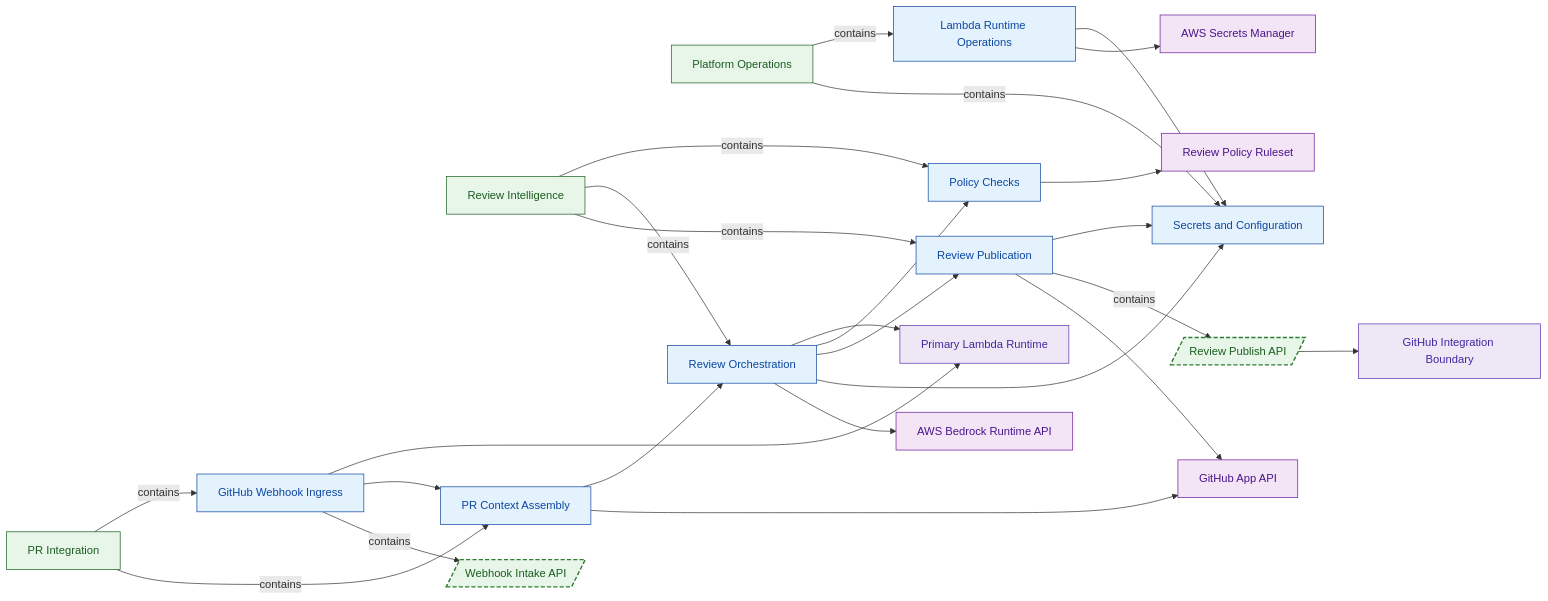
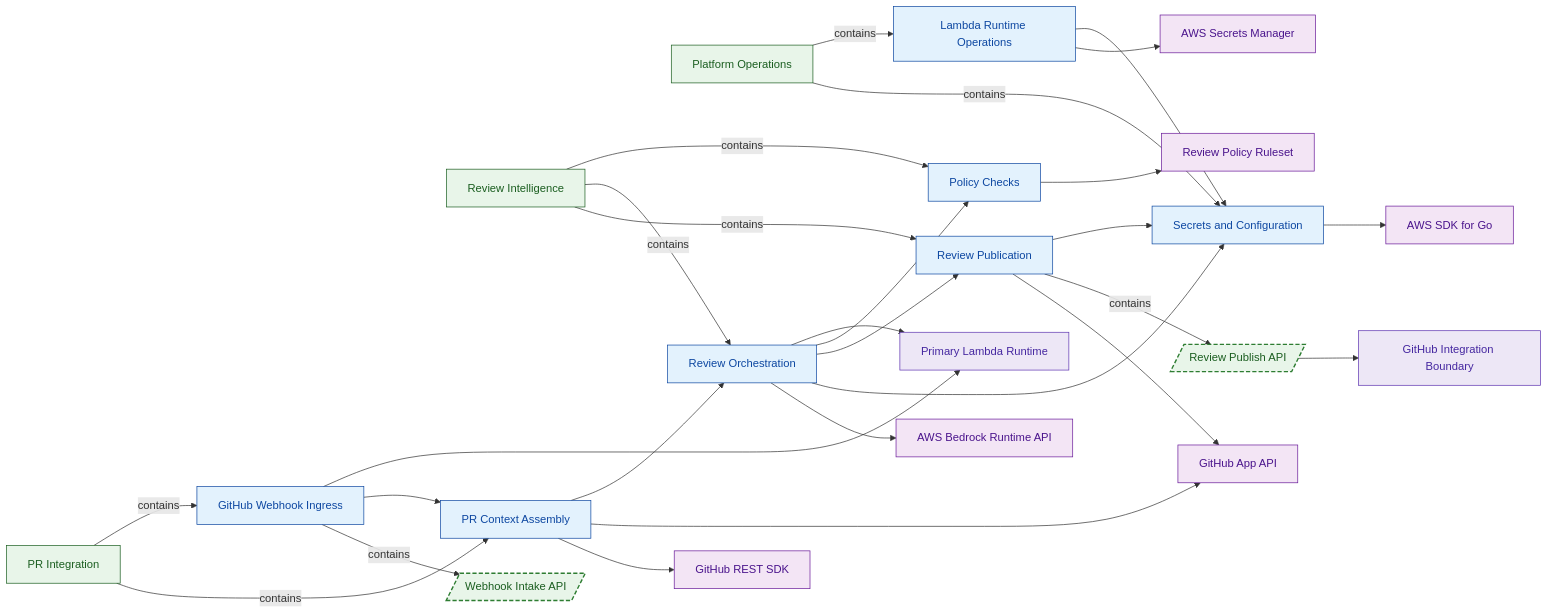
One commit to labeth/engineering-model-go changed the diagram in examples/bedrock-pr-review-github-app-sample/generated/VIEW-DEPLOYMENT.mmd. Above: the diagram before and after it, drawn with Mermaid. The commit also changed 121 other files, not shown here.

```diff
--- a/examples/bedrock-pr-review-github-app-sample/generated/VIEW-DEPLOYMENT.mmd
+++ b/examples/bedrock-pr-review-github-app-sample/generated/VIEW-DEPLOYMENT.mmd
@@ -1,65 +1,69 @@
 flowchart LR
 %% view: VIEW-DEPLOYMENT (deployment)
 N_DEP_BEDROCK_GITHUB_BOUNDARY["GitHub Integration Boundary"]:::deployment_target
 N_DEP_BEDROCK_LAMBDA_PRIMARY["Primary Lambda Runtime"]:::deployment_target
 N_FG_PLATFORM_OPERATIONS["Platform Operations"]:::functional_group
 N_FG_PR_INTEGRATION["PR Integration"]:::functional_group
 N_FG_REVIEW_INTELLIGENCE["Review Intelligence"]:::functional_group
 N_FU_GITHUB_WEBHOOK_INGRESS["GitHub Webhook Ingress"]:::functional_unit
 N_FU_LAMBDA_RUNTIME_OPERATIONS["Lambda Runtime Operations"]:::functional_unit
 N_FU_POLICY_CHECKS["Policy Checks"]:::functional_unit
 N_FU_PR_CONTEXT_ASSEMBLY["PR Context Assembly"]:::functional_unit
 N_FU_REVIEW_ORCHESTRATION["Review Orchestration"]:::functional_unit
 N_FU_REVIEW_PUBLICATION["Review Publication"]:::functional_unit
 N_FU_SECRETS_CONFIGURATION["Secrets and Configuration"]:::functional_unit
 N_IF_BEDROCK_REVIEW_PUBLISH_API[/"Review Publish API"/]:::interface
 N_IF_BEDROCK_WEBHOOK_API[/"Webhook Intake API"/]:::interface
 N_REF_AWS_BEDROCK_RUNTIME["AWS Bedrock Runtime API"]:::referenced_element
+N_REF_AWS_SDK_GO["AWS SDK for Go"]:::referenced_element
 N_REF_AWS_SECRETS_MANAGER["AWS Secrets Manager"]:::referenced_element
 N_REF_GITHUB_APP_API["GitHub App API"]:::referenced_element
+N_REF_GITHUB_REST_SDK["GitHub REST SDK"]:::referenced_element
 N_REF_POLICY_RULESET["Review Policy Ruleset"]:::referenced_element
 N_FG_PLATFORM_OPERATIONS -->|contains| N_FU_LAMBDA_RUNTIME_OPERATIONS
 N_FG_PLATFORM_OPERATIONS -->|contains| N_FU_SECRETS_CONFIGURATION
 N_FG_PR_INTEGRATION -->|contains| N_FU_GITHUB_WEBHOOK_INGRESS
 N_FG_PR_INTEGRATION -->|contains| N_FU_PR_CONTEXT_ASSEMBLY
 N_FG_REVIEW_INTELLIGENCE -->|contains| N_FU_POLICY_CHECKS
 N_FG_REVIEW_INTELLIGENCE -->|contains| N_FU_REVIEW_ORCHESTRATION
 N_FG_REVIEW_INTELLIGENCE -->|contains| N_FU_REVIEW_PUBLICATION
 N_FU_GITHUB_WEBHOOK_INGRESS --> N_DEP_BEDROCK_LAMBDA_PRIMARY
 N_FU_GITHUB_WEBHOOK_INGRESS --> N_FU_PR_CONTEXT_ASSEMBLY
 N_FU_GITHUB_WEBHOOK_INGRESS -->|contains| N_IF_BEDROCK_WEBHOOK_API
 N_FU_LAMBDA_RUNTIME_OPERATIONS --> N_FU_SECRETS_CONFIGURATION
 N_FU_LAMBDA_RUNTIME_OPERATIONS --> N_REF_AWS_SECRETS_MANAGER
 N_FU_POLICY_CHECKS --> N_REF_POLICY_RULESET
 N_FU_PR_CONTEXT_ASSEMBLY --> N_FU_REVIEW_ORCHESTRATION
 N_FU_PR_CONTEXT_ASSEMBLY --> N_REF_GITHUB_APP_API
+N_FU_PR_CONTEXT_ASSEMBLY --> N_REF_GITHUB_REST_SDK
 N_FU_REVIEW_ORCHESTRATION --> N_DEP_BEDROCK_LAMBDA_PRIMARY
 N_FU_REVIEW_ORCHESTRATION --> N_FU_POLICY_CHECKS
 N_FU_REVIEW_ORCHESTRATION --> N_FU_REVIEW_PUBLICATION
 N_FU_REVIEW_ORCHESTRATION --> N_FU_SECRETS_CONFIGURATION
 N_FU_REVIEW_ORCHESTRATION --> N_REF_AWS_BEDROCK_RUNTIME
 N_FU_REVIEW_PUBLICATION --> N_FU_SECRETS_CONFIGURATION
 N_FU_REVIEW_PUBLICATION -->|contains| N_IF_BEDROCK_REVIEW_PUBLISH_API
 N_FU_REVIEW_PUBLICATION --> N_REF_GITHUB_APP_API
+N_FU_SECRETS_CONFIGURATION --> N_REF_AWS_SDK_GO
 N_IF_BEDROCK_REVIEW_PUBLISH_API --> N_DEP_BEDROCK_GITHUB_BOUNDARY
 classDef system_boundary fill:#f5f5f5,stroke:#424242,stroke-width:2px,color:#212121;
 classDef functional_group fill:#e8f5e9,stroke:#1b5e20,stroke-width:1px,color:#1b5e20;
 classDef functional_unit fill:#e3f2fd,stroke:#0d47a1,stroke-width:1px,color:#0d47a1;
 classDef actor fill:#fff8e1,stroke:#ef6c00,stroke-width:1px,color:#bf360c;
 classDef attack_vector fill:#ffebee,stroke:#b71c1c,stroke-width:1px,color:#7f0000;
 classDef referenced_element fill:#f3e5f5,stroke:#6a1b9a,stroke-width:1px,color:#4a148c;
 classDef interface fill:#e8f5e9,stroke:#2e7d32,stroke-width:2px,stroke-dasharray: 6 3,color:#1b5e20;
 classDef data_object fill:#fff3e0,stroke:#ef6c00,stroke-width:2px,stroke-dasharray: 2 2,color:#e65100;
 classDef deployment_target fill:#ede7f6,stroke:#5e35b1,stroke-width:1px,color:#4527a0;
 classDef control fill:#fce4ec,stroke:#ad1457,stroke-width:1px,color:#880e4f;
 classDef trust_boundary fill:#e0f7fa,stroke:#006064,stroke-width:2px,stroke-dasharray: 10 4,color:#004d40;
 classDef state fill:#e1f5fe,stroke:#0277bd,stroke-width:1px,color:#01579b;
 classDef event fill:#fffde7,stroke:#f9a825,stroke-width:1px,color:#f57f17;
 classDef flow fill:#ede7f6,stroke:#4527a0,stroke-width:2px,color:#311b92;
 classDef flow_step fill:#f1f8e9,stroke:#33691e,stroke-width:2px,color:#1b5e20;
 classDef requirement fill:#fffde7,stroke:#f9a825,stroke-width:1px,color:#7f6000;
 classDef verification fill:#fce4ec,stroke:#ad1457,stroke-width:1px,color:#880e4f;
 classDef runtime_element fill:#b2ebf2,stroke:#00838f,stroke-width:1px,color:#006064;
 classDef deployment_element fill:#d7ccc8,stroke:#4e342e,stroke-width:1px,color:#2f1b14;
-classDef code_element fill:#eceff1,stroke:#37474f,stroke-width:1px,color:#263238;
+classDef code_element fill:#eeeeee,stroke:#616161,stroke-width:1px,color:#212121;
 classDef unknown fill:#ffffff,stroke:#adb5bd,stroke-width:1px,color:#4f5b62;
```
